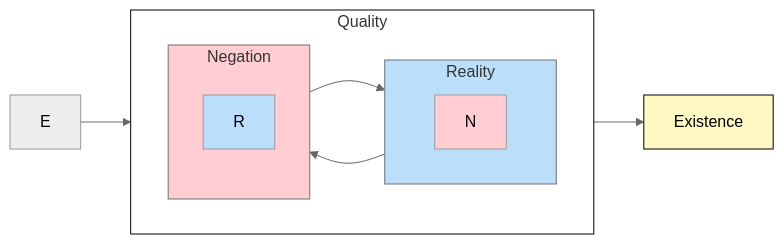
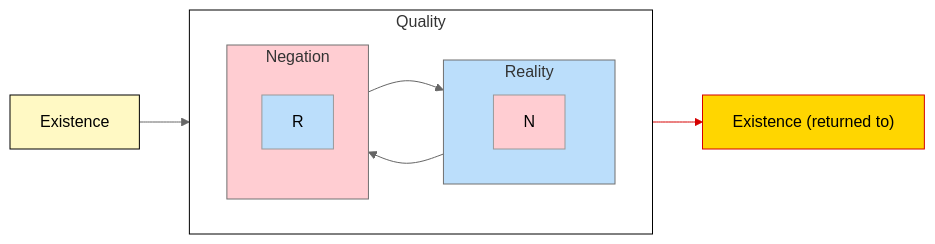
One commit to systemphil/sphil changed the diagram in content/hegel/reference/something/development.mdx. Above: the diagram before and after it, drawn with Mermaid (neutral theme). The commit also changed other lines of this file, not shown here.

````diff
--- a/content/hegel/reference/something/development.mdx
+++ b/content/hegel/reference/something/development.mdx
@@ -87,27 +87,29 @@
 ```mermaid
 flowchart LR
- subgraph Reality["Reality"]
-    direction RL
-        N["N"]
-  end
- subgraph Negation["Negation"]
-    direction BT
-        R["R"]
-  end
- subgraph Quality["Quality"]
-    direction LR
-        Reality
-        Negation
-  end
-    E --> Quality --> Existence["Existence"]
-    Reality --> R
-    Negation --> N
+    subgraph Reality["Reality"]
+        direction RL
+            N["N"]
+    end
+    subgraph Negation["Negation"]
+        direction BT
+            R["R"]
+    end
+    subgraph Quality["Quality"]
+        direction LR
+            Reality
+            Negation
+    end
+        E["Existence"] --> Quality
+        Quality --> Er["Existence (returned to)"]
+        Reality --> R
+        Negation --> N
 
-    style N fill:#FFCDD2
-    style R fill:#BBDEFB
-    style Reality fill:#BBDEFB
-    style Negation fill:#FFCDD2
-    style Quality fill:transparent,stroke:#000000
-    style Existence fill:#FFF9C4,stroke:#000000
-
+        style N fill:#FFCDD2
+        style R fill:#BBDEFB
+        style Reality fill:#BBDEFB
+        style Negation fill:#FFCDD2
+        style E fill:#FFF9C4,stroke:#000000
+        style Quality fill:transparent,stroke:#000000
+        style Er fill:#FFD600,stroke:#D50000
+        linkStyle 1 stroke:#D50000,fill:none
 ```
````
